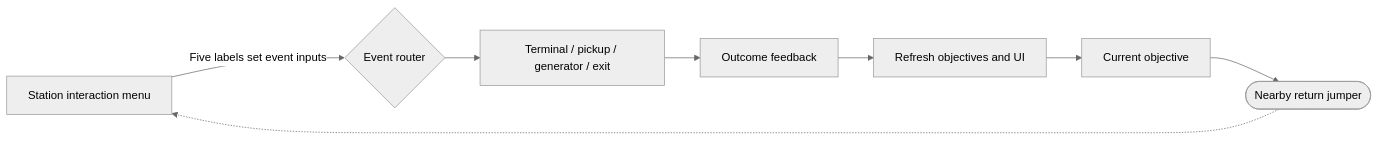
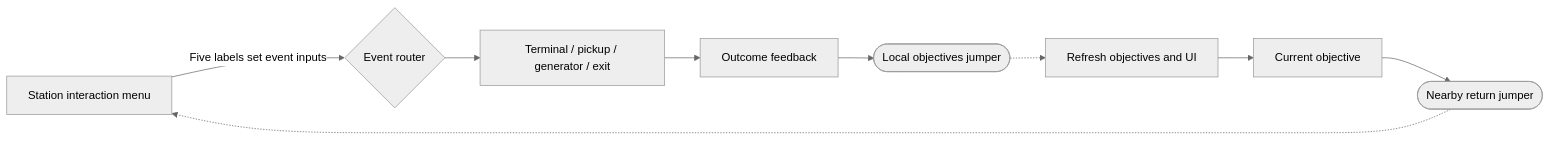
Before and after one commit to arcweave/arcweave-unreal-quest-example: the first of 3 diagrams in docs/narrative.md, drawn with Mermaid (neutral theme). The commit also changed other lines of this file and 12 other files, not shown here.

Commit message:
refactor: simplify shared quest graph and objective jumps

````diff
--- a/docs/narrative.md
+++ b/docs/narrative.md
@@ -23,10 +23,11 @@
 ```mermaid
 flowchart LR
     Menu[Station interaction menu] -->|Five labels set event inputs| Router{Event router}
     Router --> Flows[Terminal / pickup / generator / exit]
     Flows --> Feedback[Outcome feedback]
-    Feedback --> UI[Refresh objectives and UI]
+    Feedback --> Objectives([Local objectives jumper])
+    Objectives -.-> UI[Refresh objectives and UI]
     UI --> Objective[Current objective]
     Objective --> Return([Nearby return jumper])
     Return -.-> Menu
 ```
````
